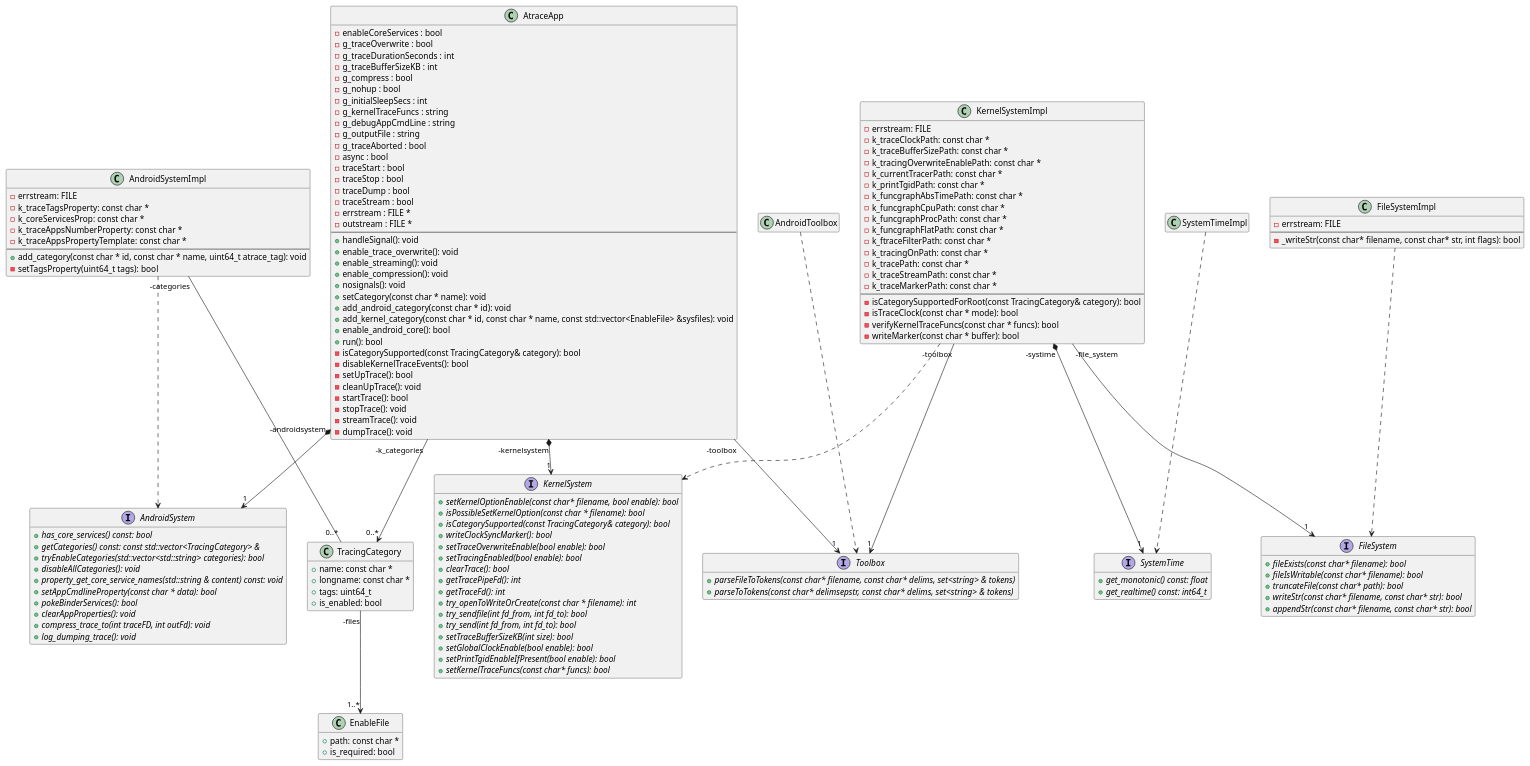
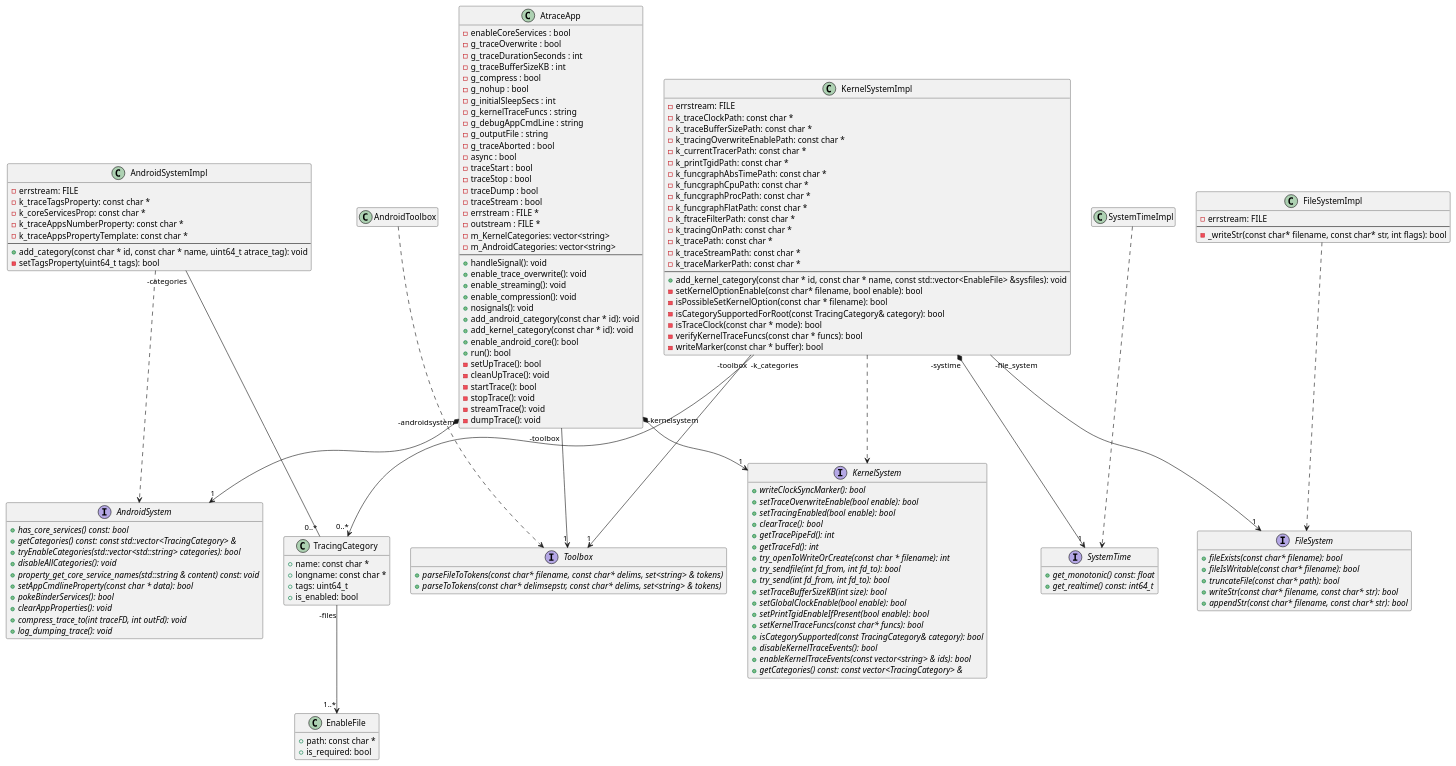
One commit to littlewhywhat/extrace changed the diagram in docs/design/class_atrace.puml. Above: the diagram before and after it, drawn with PlantUML. The commit also changed 6 other files, not shown here.

Commit message:
Extract kernel categories

```diff
--- a/docs/design/class_atrace.puml
+++ b/docs/design/class_atrace.puml
@@ -1,183 +1,187 @@
 @startuml
 
 class AtraceApp {
   - enableCoreServices : bool
   - g_traceOverwrite : bool
   - g_traceDurationSeconds : int
   - g_traceBufferSizeKB : int
   - g_compress : bool
   - g_nohup : bool
   - g_initialSleepSecs : int
   - g_kernelTraceFuncs : string
   - g_debugAppCmdLine : string
   - g_outputFile : string
   - g_traceAborted : bool
   - async : bool
   - traceStart : bool
   - traceStop : bool
   - traceDump : bool
   - traceStream : bool
   - errstream : FILE *
   - outstream : FILE *
+  - m_KernelCategories: vector<string>
+  - m_AndroidCategories: vector<string>
   --
   + handleSignal(): void
   + enable_trace_overwrite(): void
   + enable_streaming(): void
   + enable_compression(): void
   + nosignals(): void
-  + setCategory(const char * name): void
   + add_android_category(const char * id): void
-  + add_kernel_category(const char * id, const char * name, const std::vector<EnableFile> &sysfiles): void
+  + add_kernel_category(const char * id): void
   + enable_android_core(): bool
   + run(): bool
-  - isCategorySupported(const TracingCategory& category): bool 
-  - disableKernelTraceEvents(): bool 
   - setUpTrace(): bool 
   - cleanUpTrace(): void 
   - startTrace(): bool 
   - stopTrace(): void 
   - streamTrace(): void 
   - dumpTrace(): void 
 }
 
 AtraceApp "-androidsystem" *-->"1" AndroidSystem
 AtraceApp "-kernelsystem" *-->"1" KernelSystem
-AtraceApp "-k_categories " -->"0..*" TracingCategory
 AtraceApp "-toolbox " -->"1" Toolbox
 
 interface KernelSystem {
-  + {abstract} setKernelOptionEnable(const char* filename, bool enable): bool
-  + {abstract} isPossibleSetKernelOption(const char * filename): bool
-  + {abstract} isCategorySupported(const TracingCategory& category): bool
+
   + {abstract} writeClockSyncMarker(): bool 
   + {abstract} setTraceOverwriteEnable(bool enable): bool
   + {abstract} setTracingEnabled(bool enable): bool
   + {abstract} clearTrace(): bool
   + {abstract} getTracePipeFd(): int
   + {abstract} getTraceFd(): int
   + {abstract} try_openToWriteOrCreate(const char * filename): int
   + {abstract} try_sendfile(int fd_from, int fd_to): bool
   + {abstract} try_send(int fd_from, int fd_to): bool
   + {abstract} setTraceBufferSizeKB(int size): bool
   + {abstract} setGlobalClockEnable(bool enable): bool
   + {abstract} setPrintTgidEnableIfPresent(bool enable): bool
   + {abstract} setKernelTraceFuncs(const char* funcs): bool
+  + {abstract} isCategorySupported(const TracingCategory& category): bool 
+  + {abstract} disableKernelTraceEvents(): bool 
+  + {abstract} enableKernelTraceEvents(const vector<string> & ids): bool
+  + {abstract} getCategories() const: const vector<TracingCategory> &
 }
 hide KernelSystem fields
 
 interface AndroidSystem {
   + {abstract} has_core_services() const: bool
   + {abstract} getCategories() const: const std::vector<TracingCategory> &
   + {abstract} tryEnableCategories(std::vector<std::string> categories): bool
   + {abstract} disableAllCategories(): void
   + {abstract} property_get_core_service_names(std::string & content) const: void
   + {abstract} setAppCmdlineProperty(const char * data): bool
   + {abstract} pokeBinderServices(): bool
   + {abstract} clearAppProperties(): void
   + {abstract} compress_trace_to(int traceFD, int outFd): void
   + {abstract} log_dumping_trace(): void
 }
 hide AndroidSystem fields
 
 interface SystemTime {
   + {abstract} get_monotonic() const: float
   + {abstract} get_realtime() const: int64_t
 }
 hide SystemTime fields
 
 class TracingCategory {
   + name: const char *
   + longname: const char *
   + tags: uint64_t
   + is_enabled: bool
 }
 hide TracingCategory methods
 
 TracingCategory "-files" --> "1..*" EnableFile
 
 class EnableFile {
   + path: const char *
   + is_required: bool
 }
 hide EnableFile methods
 
 class KernelSystemImpl {
   - errstream: FILE
   - k_traceClockPath: const char *
   - k_traceBufferSizePath: const char *
   - k_tracingOverwriteEnablePath: const char *
   - k_currentTracerPath: const char *
   - k_printTgidPath: const char *
   - k_funcgraphAbsTimePath: const char *
   - k_funcgraphCpuPath: const char *
   - k_funcgraphProcPath: const char *
   - k_funcgraphFlatPath: const char *
   - k_ftraceFilterPath: const char *
   - k_tracingOnPath: const char *
   - k_tracePath: const char *
   - k_traceStreamPath: const char *
   - k_traceMarkerPath: const char *
   --
+  + add_kernel_category(const char * id, const char * name, const std::vector<EnableFile> &sysfiles): void
+  - setKernelOptionEnable(const char* filename, bool enable): bool
+  - isPossibleSetKernelOption(const char * filename): bool
   - isCategorySupportedForRoot(const TracingCategory& category): bool
   - isTraceClock(const char * mode): bool
   - verifyKernelTraceFuncs(const char * funcs): bool
   - writeMarker(const char * buffer): bool
 }
 
 KernelSystemImpl ..> KernelSystem
 KernelSystemImpl "-file_system" --> "1" FileSystem
 KernelSystemImpl "-toolbox" --> "1" Toolbox
 KernelSystemImpl "-systime" *-->"1" SystemTime
+KernelSystemImpl "-k_categories " -->"0..*" TracingCategory
 
 interface FileSystem {
   + {abstract} fileExists(const char* filename): bool
   + {abstract} fileIsWritable(const char* filename): bool
   + {abstract} truncateFile(const char* path): bool
   + {abstract} writeStr(const char* filename, const char* str): bool
   + {abstract} appendStr(const char* filename, const char* str): bool
 }
 hide FileSystem fields
 
 class FileSystemImpl {
   - errstream: FILE
   --
   - _writeStr(const char* filename, const char* str, int flags): bool
 }
 
 FileSystemImpl ..> FileSystem
 
 class AndroidSystemImpl {
   - errstream: FILE
   - k_traceTagsProperty: const char *
   - k_coreServicesProp: const char *
   - k_traceAppsNumberProperty: const char *
   - k_traceAppsPropertyTemplate: const char *
   --
   + add_category(const char * id, const char * name, uint64_t atrace_tag): void
   - setTagsProperty(uint64_t tags): bool
 }
 
 AndroidSystemImpl ..> AndroidSystem
 AndroidSystemImpl "-categories" -- "0..*" TracingCategory
 
 class SystemTimeImpl {
 }
 hide SystemTimeImpl methods
 hide SystemTimeImpl fields
 
 SystemTimeImpl ..> SystemTime
 
 interface Toolbox {
   + {abstract} parseFileToTokens(const char* filename, const char* delims, set<string> & tokens)
   + {abstract} parseToTokens(const char* delimsepstr, const char* delims, set<string> & tokens)
 }
 hide Toolbox fields
 
 class AndroidToolbox {
 }
 hide AndroidToolbox fields
 hide AndroidToolbox methods
 
 AndroidToolbox ..> Toolbox
 
 @enduml
```
